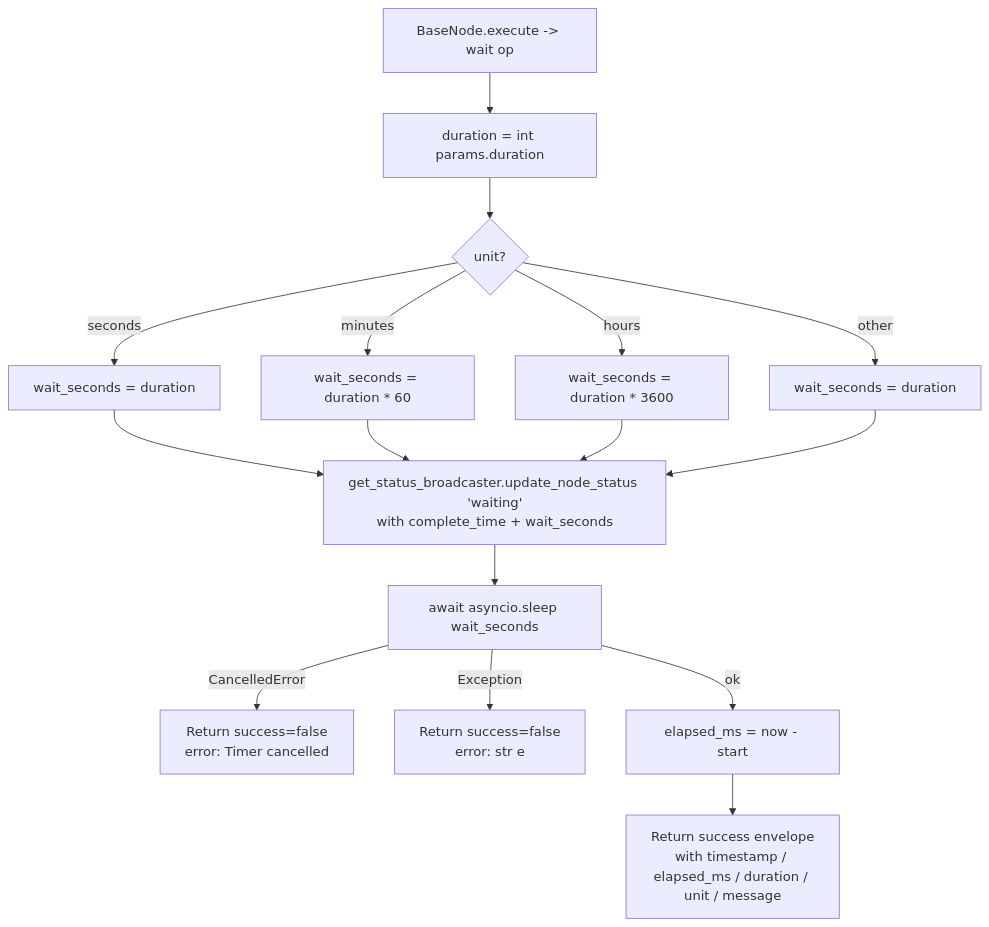
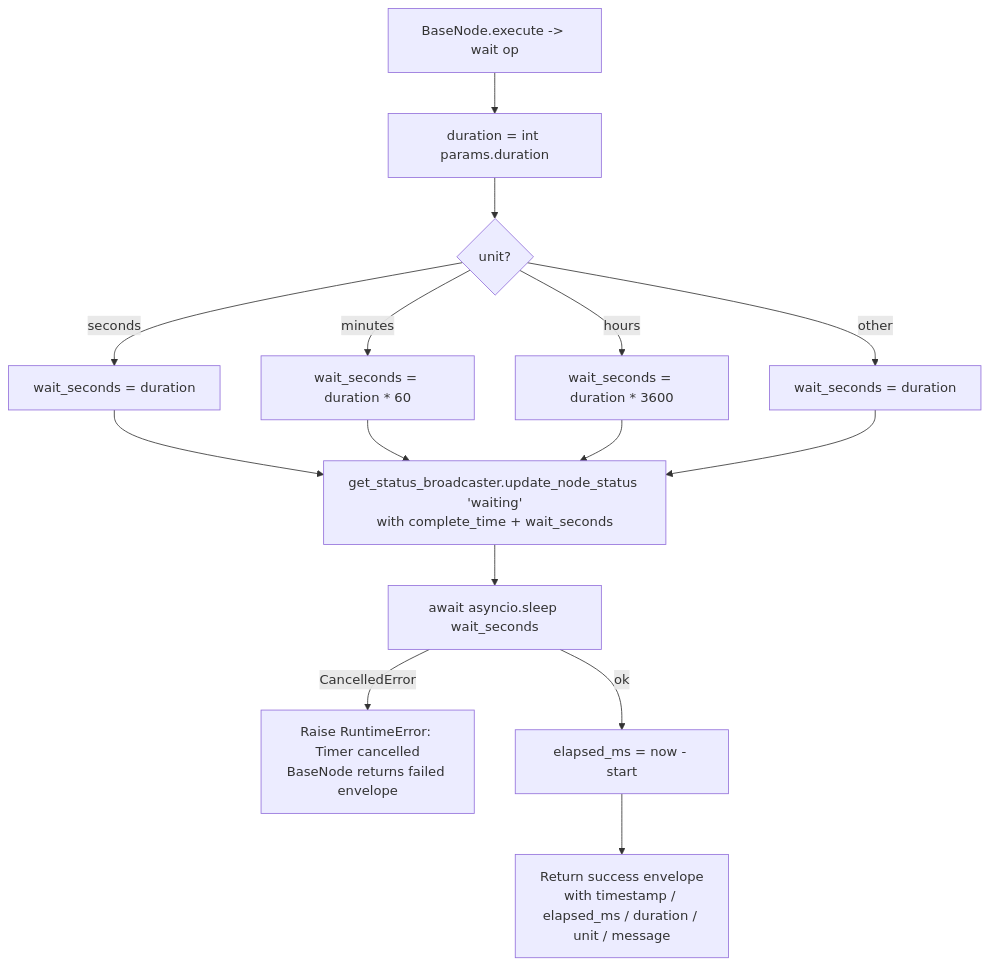
One commit to zeenie-ai/OpenCompany changed the diagram in docs-internal/node-logic-flows/workflow_triggers/timer.md. Above: the diagram before and after it, drawn with Mermaid. The commit also changed other lines of this file and 95 other files, not shown here.

````diff
--- a/docs-internal/node-logic-flows/workflow_triggers/timer.md
+++ b/docs-internal/node-logic-flows/workflow_triggers/timer.md
@@ -56,18 +56,17 @@
 ```mermaid
 flowchart TD
   A[BaseNode.execute -> wait op] --> B[duration = int params.duration]
   B --> C{unit?}
   C -- seconds --> S1[wait_seconds = duration]
   C -- minutes --> S2[wait_seconds = duration * 60]
   C -- hours --> S3[wait_seconds = duration * 3600]
   C -- other --> S4[wait_seconds = duration]
   S1 --> D[get_status_broadcaster.update_node_status 'waiting'<br/>with complete_time + wait_seconds]
   S2 --> D
   S3 --> D
   S4 --> D
   D --> E[await asyncio.sleep wait_seconds]
-  E -- CancelledError --> F[Return success=false<br/>error: Timer cancelled]
-  E -- Exception --> G[Return success=false<br/>error: str e]
+  E -- CancelledError --> F[Raise RuntimeError: Timer cancelled<br/>BaseNode returns failed envelope]
   E -- ok --> H[elapsed_ms = now - start]
   H --> I[Return success envelope<br/>with timestamp / elapsed_ms / duration / unit / message]
 ```
````
